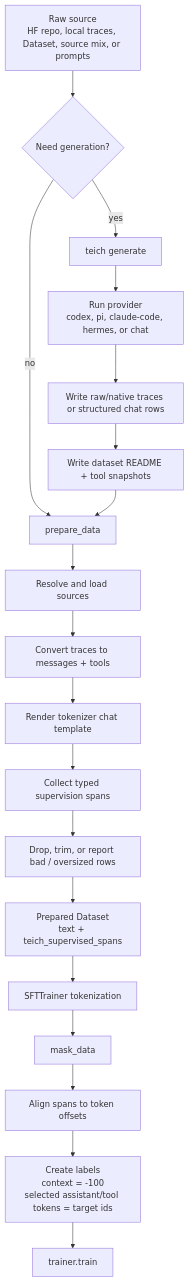
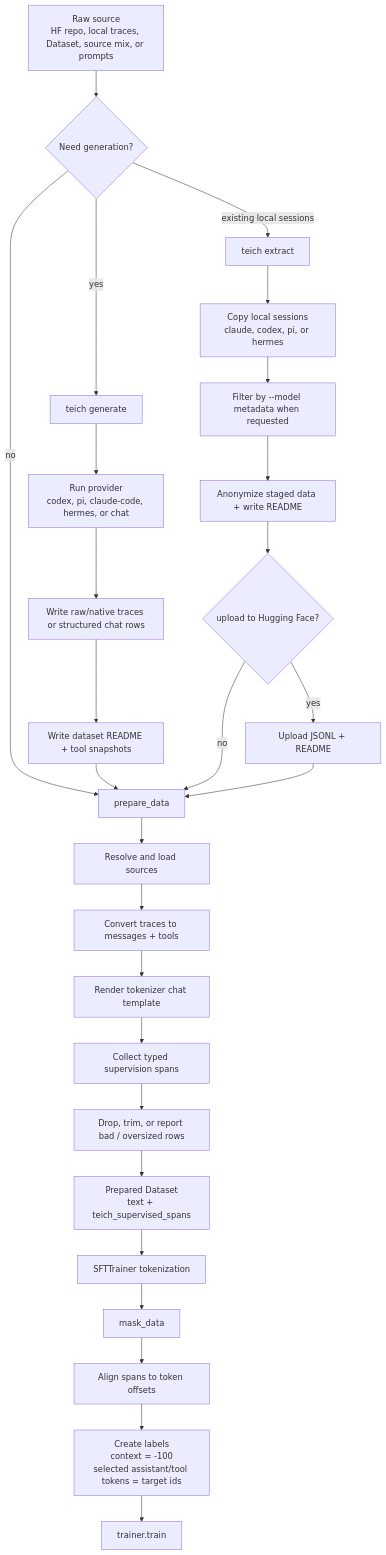
Before and after one commit to HyeongseokSon1/teich: the first of 4 diagrams in docs/pipeline.md, drawn with Mermaid. The commit also changed 11 other files, not shown here.

Commit message:
Add local session extract flow

````diff
--- a/docs/pipeline.md
+++ b/docs/pipeline.md
@@ -7,21 +7,29 @@
 ```mermaid
 flowchart TD
     A["Raw source<br/>HF repo, local traces, Dataset, source mix, or prompts"] --> B{"Need generation?"}
     B -->|"yes"| C["teich generate"]
+    B -->|"existing local sessions"| X["teich extract"]
     B -->|"no"| D["prepare_data"]
     C --> C1["Run provider<br/>codex, pi, claude-code, hermes, or chat"]
     C1 --> C2["Write raw/native traces or structured chat rows"]
     C2 --> C3["Write dataset README + tool snapshots"]
     C3 --> D
+    X --> X1["Copy local sessions<br/>claude, codex, pi, or hermes"]
+    X1 --> X2["Filter by --model metadata when requested"]
+    X2 --> X3["Anonymize staged data + write README"]
+    X3 --> X4{"upload to Hugging Face?"}
+    X4 -->|"yes"| X5["Upload JSONL + README"]
+    X4 -->|"no"| D
+    X5 --> D
     D --> E["Resolve and load sources"]
     E --> F["Convert traces to messages + tools"]
     F --> G["Render tokenizer chat template"]
     G --> H["Collect typed supervision spans"]
     H --> I["Drop, trim, or report bad / oversized rows"]
     I --> J["Prepared Dataset<br/>text + teich_supervised_spans"]
     J --> K["SFTTrainer tokenization"]
     K --> L["mask_data"]
     L --> M["Align spans to token offsets"]
     M --> N["Create labels<br/>context = -100<br/>selected assistant/tool tokens = target ids"]
     N --> O["trainer.train"]
 ```
````
